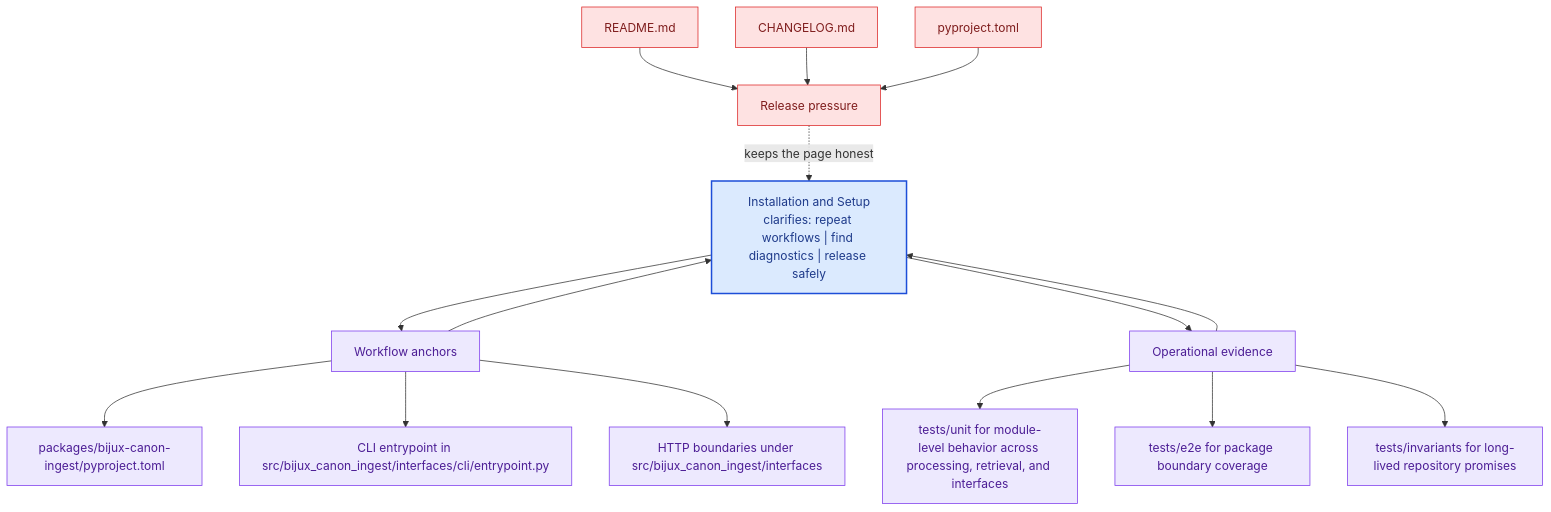
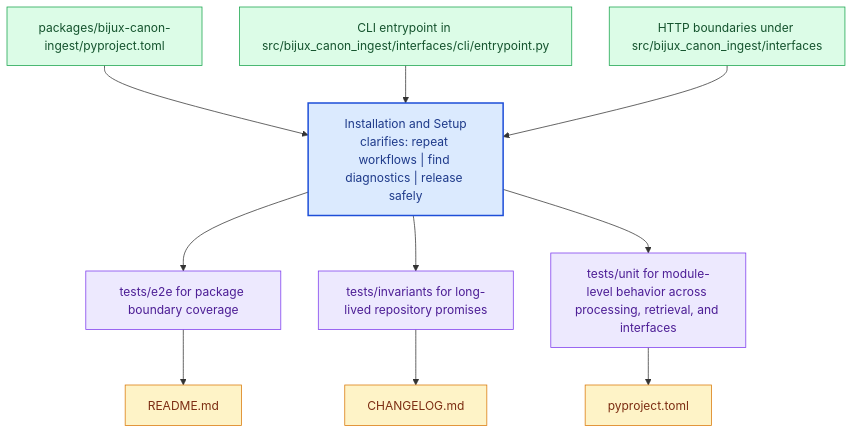
One commit to bijux/bijux-canon changed the diagram in docs/bijux-canon-ingest/operations/installation-and-setup.md. Above: the diagram before and after it, drawn with Mermaid. The commit also changed other lines of this file and 281 other files, not shown here.

Commit message:
docs(diagrams): replace repeated mermaid scaffolds with page-specific summaries

````diff
--- a/docs/bijux-canon-ingest/operations/installation-and-setup.md
+++ b/docs/bijux-canon-ingest/operations/installation-and-setup.md
@@ -68,41 +23,31 @@
 ```mermaid
 flowchart TB
-    promise["Installation and Setup<br/>clarifies: repeat workflows | find diagnostics | release safely"]
-    classDef promise fill:#dbeafe,stroke:#1d4ed8,color:#1e3a8a,stroke-width:2px;
-    classDef driver fill:#dcfce7,stroke:#16a34a,color:#14532d;
-    classDef constraint fill:#fee2e2,stroke:#dc2626,color:#7f1d1d;
-    classDef ground fill:#ede9fe,stroke:#7c3aed,color:#4c1d95;
-    focus1["Workflow anchors"]
-    focus1 --> promise
-    promise --> focus1
-    focus1_1["packages/bijux-canon-ingest/pyproject.toml"]
-    focus1 --> focus1_1
-    focus1_2["CLI entrypoint in src/bijux_canon_ingest/interfaces/cli/entrypoint.py"]
-    focus1 --> focus1_2
-    focus1_3["HTTP boundaries under src/bijux_canon_ingest/interfaces"]
-    focus1 --> focus1_3
-    class focus1 ground;
-    class focus1_1,focus1_2,focus1_3 ground;
-    focus2["Operational evidence"]
-    focus2 --> promise
-    promise --> focus2
-    focus2_1["tests/unit for module-level behavior across processing, retrieval, and interfaces"]
-    focus2 --> focus2_1
-    focus2_2["tests/e2e for package boundary coverage"]
-    focus2 --> focus2_2
-    focus2_3["tests/invariants for long-lived repository promises"]
-    focus2 --> focus2_3
-    class focus2 ground;
-    class focus2_1,focus2_2,focus2_3 ground;
-    focus3["Release pressure"]
-    focus3 -.keeps the page honest.-> promise
-    focus3_1["README.md"]
-    focus3_1 --> focus3
-    focus3_2["CHANGELOG.md"]
-    focus3_2 --> focus3
-    focus3_3["pyproject.toml"]
-    focus3_3 --> focus3
-    class focus3 constraint;
-    class focus3_1,focus3_2,focus3_3 constraint;
-    class promise promise;
+    page["Installation and Setup<br/>clarifies: repeat workflows | find diagnostics | release safely"]
+    classDef page fill:#dbeafe,stroke:#1d4ed8,color:#1e3a8a,stroke-width:2px;
+    classDef positive fill:#dcfce7,stroke:#16a34a,color:#14532d;
+    classDef caution fill:#fee2e2,stroke:#dc2626,color:#7f1d1d;
+    classDef anchor fill:#ede9fe,stroke:#7c3aed,color:#4c1d95;
+    classDef action fill:#fef3c7,stroke:#d97706,color:#7c2d12;
+    step1["packages/bijux-canon-ingest/pyproject.toml"]
+    step1 --> page
+    step2["CLI entrypoint in src/bijux_canon_ingest/interfaces/cli/entrypoint.py"]
+    step2 --> page
+    step3["HTTP boundaries under src/bijux_canon_ingest/interfaces"]
+    step3 --> page
+    run1["tests/e2e for package boundary coverage"]
+    page --> run1
+    run2["tests/invariants for long-lived repository promises"]
+    page --> run2
+    run3["tests/unit for module-level behavior across processing, retrieval, and interfaces"]
+    page --> run3
+    release1["README.md"]
+    run1 --> release1
+    release2["CHANGELOG.md"]
+    run2 --> release2
+    release3["pyproject.toml"]
+    run3 --> release3
+    class page page;
+    class step1,step2,step3 positive;
+    class run1,run2,run3 anchor;
+    class release1,release2,release3 action;
 ```
````
